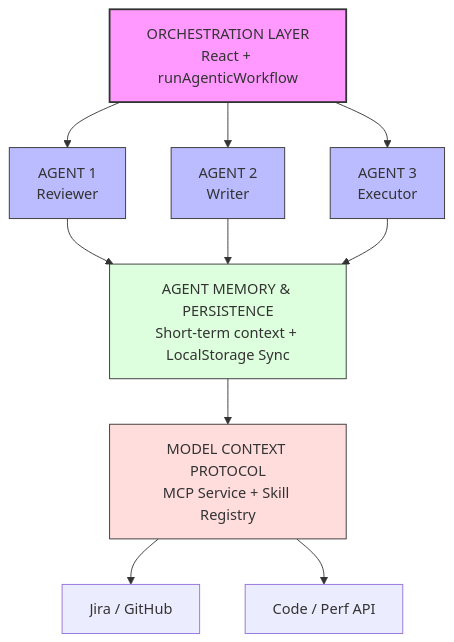
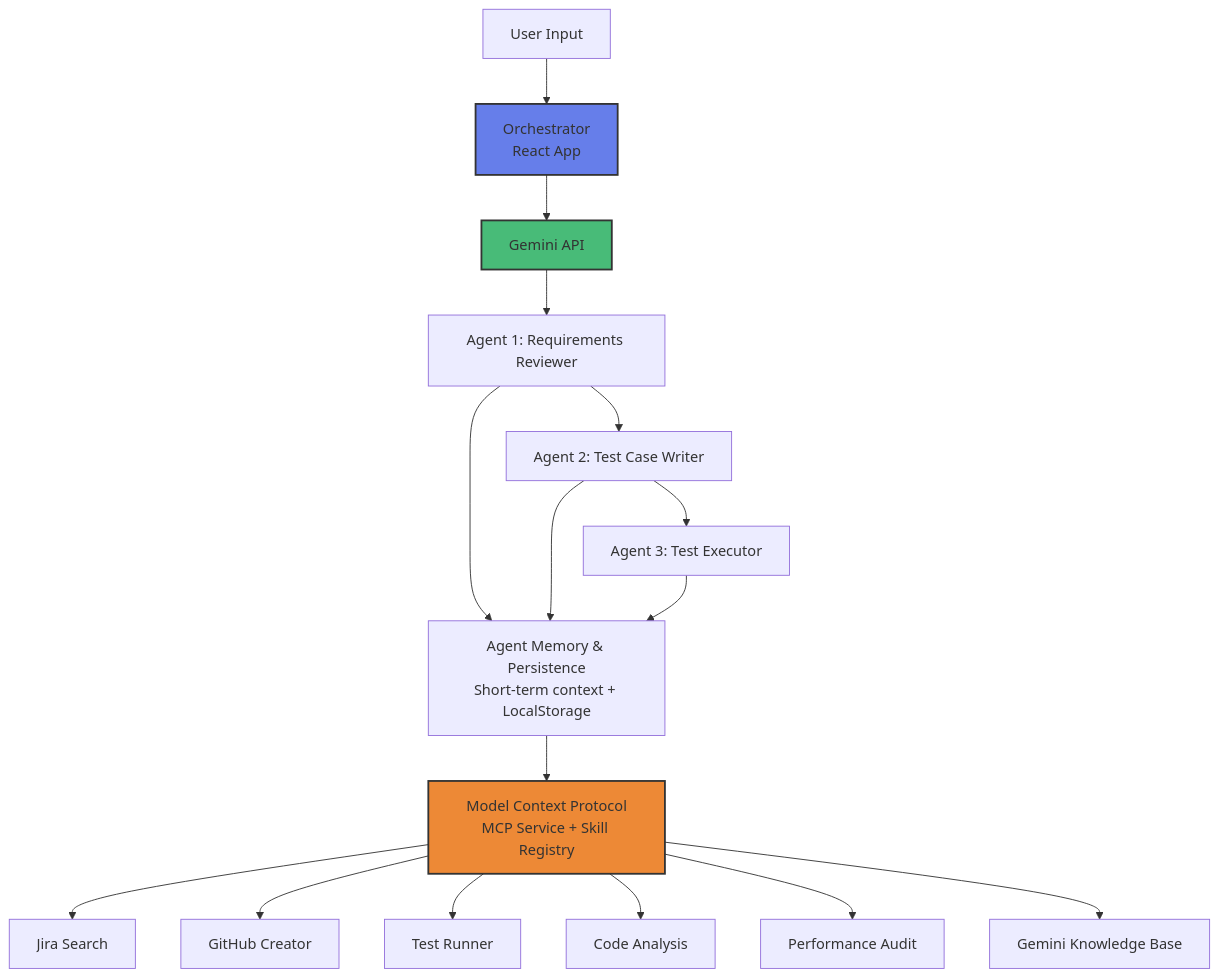
The diagram in README.md (darshil0/qa-nexus-autonomous), drawn with Mermaid before and after one commit. The commit also changed other lines of this file, not shown here.

````diff
--- a/README.md
+++ b/README.md
@@ -252,26 +287,24 @@
 ```mermaid
 graph TD
-    Orch[ORCHESTRATION LAYER<br/>React + runAgenticWorkflow]
+    Input[User Input] --> Orch[Orchestrator<br/>React App]
+    Orch --> API[Gemini API]
 
-    A1[AGENT 1<br/>Reviewer]
-    A2[AGENT 2<br/>Writer]
-    A3[AGENT 3<br/>Executor]
+    API --> A1[Agent 1: Requirements Reviewer]
+    A1 --> A2[Agent 2: Test Case Writer]
+    A2 --> A3[Agent 3: Test Executor]
 
-    Orch --> A1
-    Orch --> A2
-    Orch --> A3
+    A1 & A2 & A3 --> Memory[Agent Memory & Persistence<br/>Short-term context + LocalStorage]
 
-    A1 & A2 & A3 --> Memory[AGENT MEMORY & PERSISTENCE<br/>Short-term context + LocalStorage Sync]
+    Memory --> MCP[Model Context Protocol<br/>MCP Service + Skill Registry]
 
-    Memory --> MCP[MODEL CONTEXT PROTOCOL<br/>MCP Service + Skill Registry]
+    MCP --> Jira[Jira Search]
+    MCP --> Git[GitHub Creator]
+    MCP --> Run[Test Runner]
+    MCP --> Code[Code Analysis]
+    MCP --> Perf[Performance Audit]
+    MCP --> KB[Gemini Knowledge Base]
 
-    MCP --> Jira[Jira / GitHub]
-    MCP --> Code[Code / Perf API]
-
-    style Orch fill:#f9f,stroke:#333,stroke-width:2px
-    style A1 fill:#bbf,stroke:#333,stroke-width:1px
-    style A2 fill:#bbf,stroke:#333,stroke-width:1px
-    style A3 fill:#bbf,stroke:#333,stroke-width:1px
-    style Memory fill:#dfd,stroke:#333,stroke-width:1px
-    style MCP fill:#fdd,stroke:#333,stroke-width:1px
+    style Orch fill:#667eea,stroke:#333,stroke-width:2px
+    style API fill:#48bb78,stroke:#333,stroke-width:2px
+    style MCP fill:#ed8936,stroke:#333,stroke-width:2px
 ```
````
